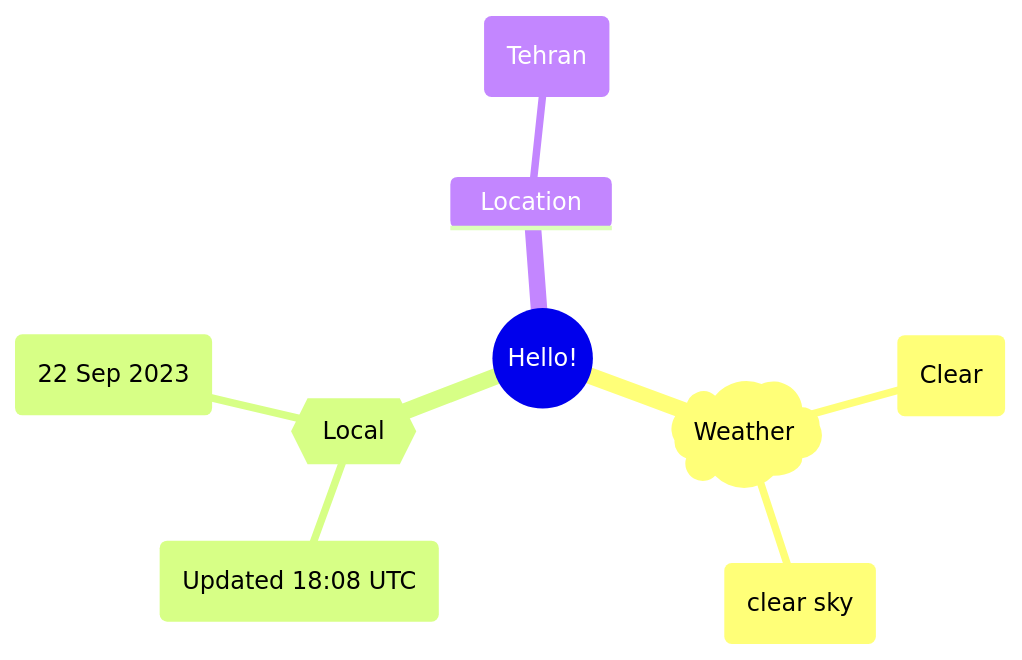
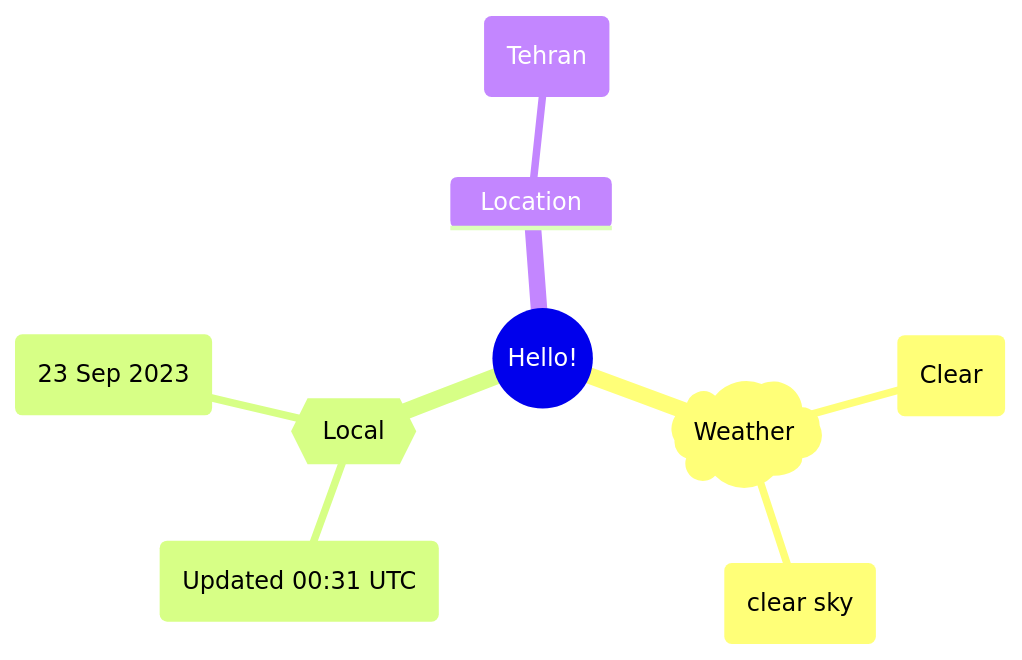
Before and after one commit to Xosrov/Xosrov: the first of 2 diagrams in README.md, drawn with Mermaid.

Commit message:
[bot] updated images

````diff
--- a/README.md
+++ b/README.md
@@ -3,12 +3,12 @@
 ```mermaid
 mindmap
   root((Hello!))
     )Weather(
         (Clear)
         (clear sky)
     {{Local}}
-        (Updated 18:08 UTC)
-        (22 Sep 2023)
+        (Updated 00:31 UTC)
+        (23 Sep 2023)
     Location
         (Tehran)
 ```
````
